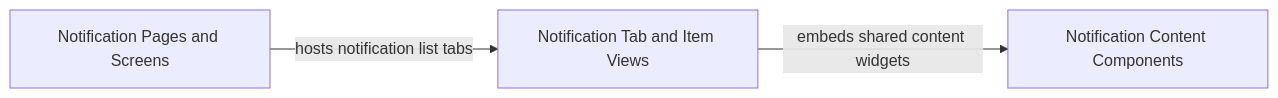
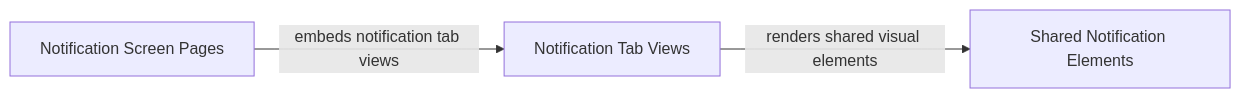
Before and after one commit to CodeBoarding/AppFlowy: the diagram in .codeboarding/Mobile_Notification_Center.md, drawn with Mermaid. The commit also changed other lines of this file and 44 other files, not shown here.

First line of the commit message:
docs: regenerate Dart-only AppFlowy architecture with CodeBoarding#618 head 1caf6c32

````diff
--- a/.codeboarding/Mobile_Notification_Center.md
+++ b/.codeboarding/Mobile_Notification_Center.md
@@ -1,8 +1,8 @@
 ```mermaid
 graph LR
-    Notification_Tab_and_Item_Views["Notification Tab and Item Views"]
-    Notification_Pages_and_Screens["Notification Pages and Screens"]
-    Notification_Content_Components["Notification Content Components"]
-    Notification_Tab_and_Item_Views -- "embeds shared content widgets" --> Notification_Content_Components
-    Notification_Pages_and_Screens -- "hosts notification list tabs" --> Notification_Tab_and_Item_Views
+    Notification_Tab_Views["Notification Tab Views"]
+    Notification_Screen_Pages["Notification Screen Pages"]
+    Shared_Notification_Elements["Shared Notification Elements"]
+    Notification_Tab_Views -- "renders shared visual elements" --> Shared_Notification_Elements
+    Notification_Screen_Pages -- "embeds notification tab views" --> Notification_Tab_Views
 ```
````
